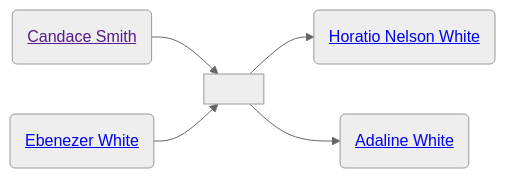
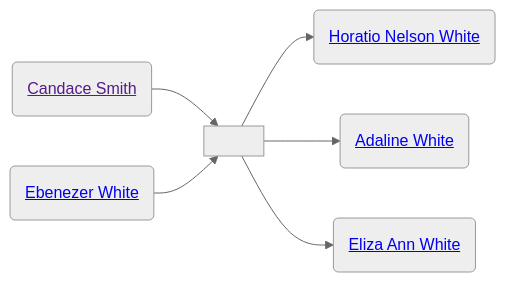
One commit to neelsmith/avocational changed the second of 2 diagrams in familyhistory/sources/people/Merrill-line/White-line/Candace-Smith-line/Candace_Smith.qmd. Above: the diagram before and after it, drawn with Mermaid (neutral theme). The commit also changed other lines of this file and 26 other files, not shown here.

````diff
--- a/familyhistory/sources/people/Merrill-line/White-line/Candace-Smith-line/Candace_Smith.qmd
+++ b/familyhistory/sources/people/Merrill-line/White-line/Candace-Smith-line/Candace_Smith.qmd
@@ -41,12 +43,13 @@
 ```{mermaid}
 graph LR
 class Candace_Smith_and_Ebenezer_White marriage
 Candace_Smith(<a href=''>Candace Smith</>) --> Candace_Smith_and_Ebenezer_White[ ]
 Ebenezer_White(<a href='./../Ebenezer_White.html'>Ebenezer White</>) --> Candace_Smith_and_Ebenezer_White(( ))
 Candace_Smith_and_Ebenezer_White[ ] --> Horatio_Nelson_White(<a href='./../Horatio_Nelson_White.html'>Horatio Nelson White</>)
 Candace_Smith_and_Ebenezer_White[ ] --> Adaline_White(<a href='./../Adaline_White.html'>Adaline White</>)
+Candace_Smith_and_Ebenezer_White[ ] --> Eliza_Ann_White(<a href='./../Eliza_Ann_White.html'>Eliza Ann White</>)
 classDef mother fill:#ffd1dc
 classDef father fill:#daf0f7  
 classDef marriage fill:#ffffff
 
 ```
````
